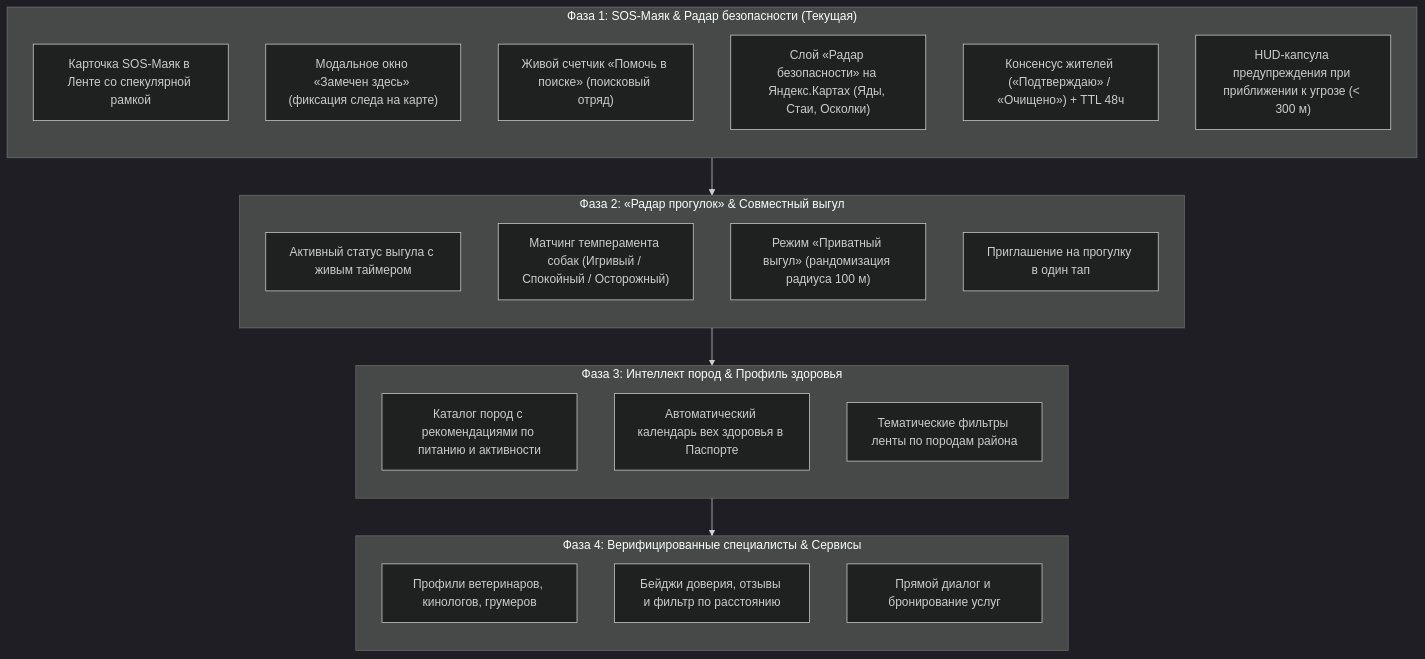
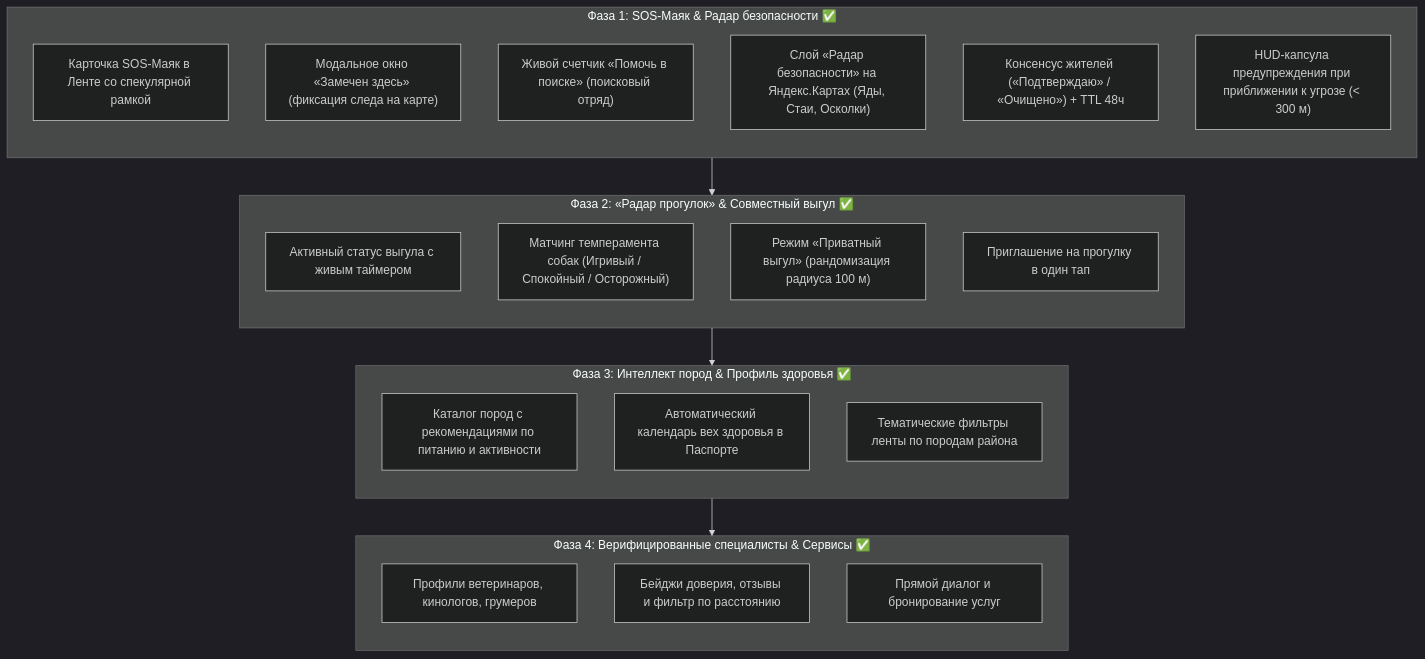
Before and after one commit to dimdimych96/pawconnect_flutter: the diagram in docs/superpowers/specs/2026-10-19-gavs-reference-roadmap.md, drawn with Mermaid (dark theme).

Commit message:
docs: mark all 4 roadmap phases as complete in master spec

````diff
--- a/docs/superpowers/specs/2026-10-19-gavs-reference-roadmap.md
+++ b/docs/superpowers/specs/2026-10-19-gavs-reference-roadmap.md
@@ -38,38 +38,38 @@
 ```mermaid
 flowchart TD
-    subgraph P1["Фаза 1: SOS-Маяк & Радар безопасности (Текущая)"]
+    subgraph P1["Фаза 1: SOS-Маяк & Радар безопасности ✅"]
         direction TB
         F1_1["Карточка SOS-Маяк в Ленте со спекулярной рамкой"]
         F1_2["Модальное окно «Замечен здесь» (фиксация следа на карте)"]
         F1_3["Живой счетчик «Помочь в поиске» (поисковый отряд)"]
         F1_4["Слой «Радар безопасности» на Яндекс.Картах (Яды, Стаи, Осколки)"]
         F1_5["Консенсус жителей («Подтверждаю» / «Очищено») + TTL 48ч"]
         F1_6["HUD-капсула предупреждения при приближении к угрозе (< 300 м)"]
     end
 
-    subgraph P2["Фаза 2: «Радар прогулок» & Совместный выгул"]
+    subgraph P2["Фаза 2: «Радар прогулок» & Совместный выгул ✅"]
         direction TB
         F2_1["Активный статус выгула с живым таймером"]
         F2_2["Матчинг темперамента собак (Игривый / Спокойный / Осторожный)"]
         F2_3["Режим «Приватный выгул» (рандомизация радиуса 100 м)"]
         F2_4["Приглашение на прогулку в один тап"]
     end
 
-    subgraph P3["Фаза 3: Интеллект пород & Профиль здоровья"]
+    subgraph P3["Фаза 3: Интеллект пород & Профиль здоровья ✅"]
         direction TB
         F3_1["Каталог пород с рекомендациями по питанию и активности"]
         F3_2["Автоматический календарь вех здоровья в Паспорте"]
         F3_3["Тематические фильтры ленты по породам района"]
     end
 
-    subgraph P4["Фаза 4: Верифицированные специалисты & Сервисы"]
+    subgraph P4["Фаза 4: Верифицированные специалисты & Сервисы ✅"]
         direction TB
         F4_1["Профили ветеринаров, кинологов, грумеров"]
         F4_2["Бейджи доверия, отзывы и фильтр по расстоянию"]
         F4_3["Прямой диалог и бронирование услуг"]
     end
 
     P1 --> P2
     P2 --> P3
     P3 --> P4
 ```
````
